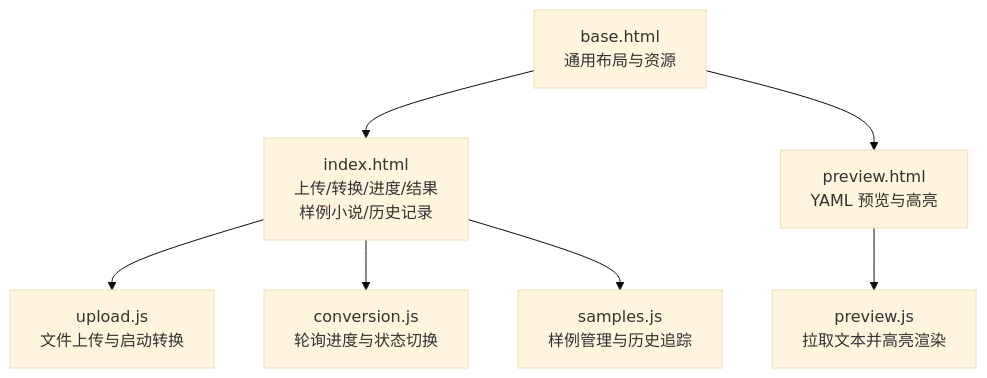
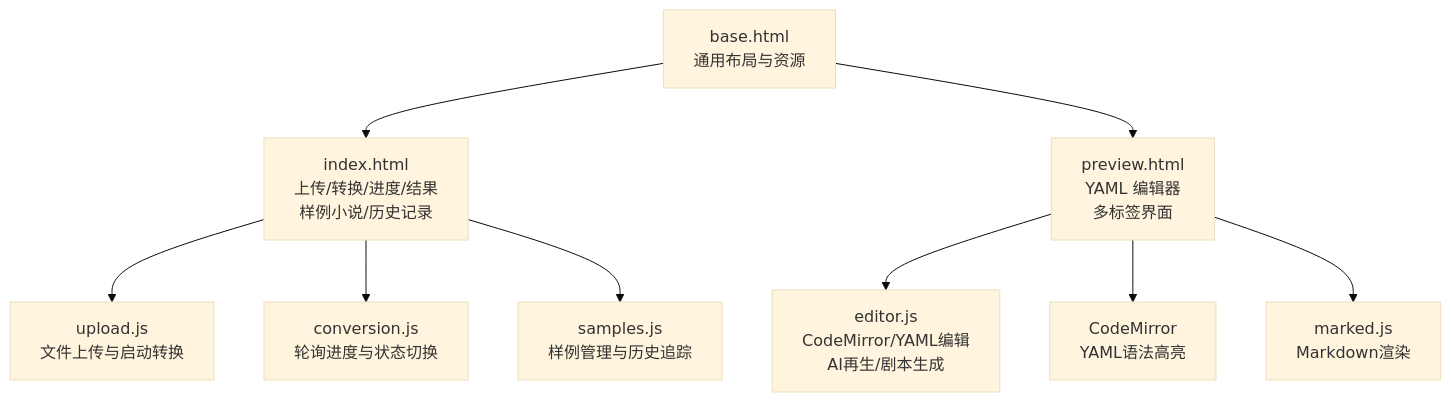
One commit to tjujingzong/Novel-to-Screenplay changed the third of 10 diagrams in .qoder/repowiki/zh/content/前端界面/前端界面.md. Above: the diagram before and after it, drawn with Mermaid (base theme). The commit also changed other lines of this file and 21 other files, not shown here.

````diff
--- a/.qoder/repowiki/zh/content/前端界面/前端界面.md
+++ b/.qoder/repowiki/zh/content/前端界面/前端界面.md
@@ -215,9 +250,11 @@
 ```mermaid
 flowchart TD
 A["base.html<br/>通用布局与资源"] --> B["index.html<br/>上传/转换/进度/结果<br/>样例小说/历史记录"]
-A --> C["preview.html<br/>YAML 预览与高亮"]
+A --> C["preview.html<br/>YAML 编辑器<br/>多标签界面"]
 B --> D["upload.js<br/>文件上传与启动转换"]
 B --> E["conversion.js<br/>轮询进度与状态切换"]
 B --> F["samples.js<br/>样例管理与历史追踪"]
-C --> G["preview.js<br/>拉取文本并高亮渲染"]
+C --> G["editor.js<br/>CodeMirror/YAML编辑<br/>AI再生/剧本生成"]
+C --> H["CodeMirror<br/>YAML语法高亮"]
+C --> I["marked.js<br/>Markdown渲染"]
 ```
````
